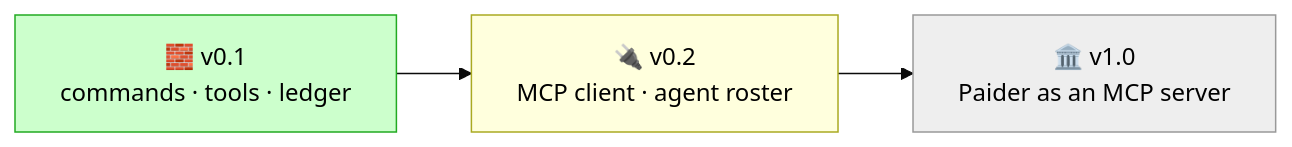
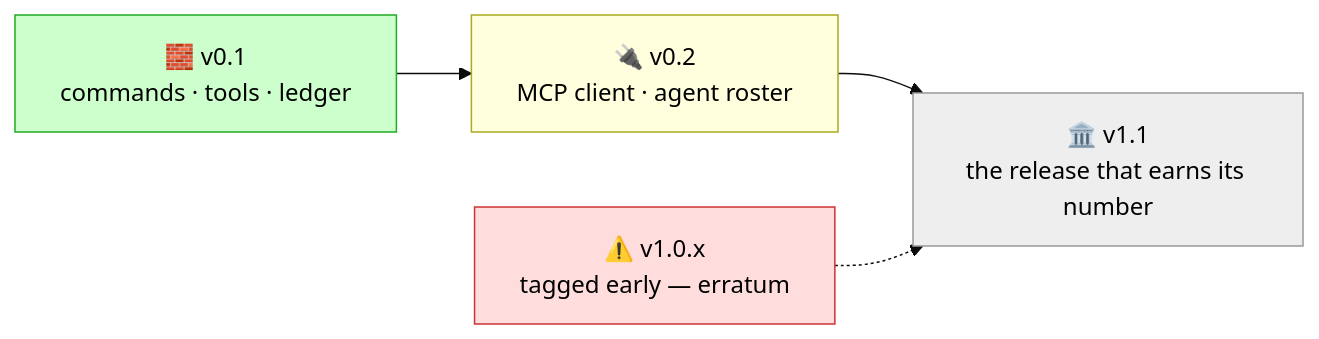
The third of 3 diagrams in README.md (shoemoney/paider), drawn with Mermaid (base theme) before and after one commit. The commit also changed other lines of this file and 2 other files, not shown here.

Commit message:
docs: v1.0.x erratum — tags kept, truth restored 🏷️⚠️ — badge shows what composer resolves, v1.1.0 is the number to earn, year-clause DoD retired (DECISIONS §22)

````diff
--- a/README.md
+++ b/README.md
@@ -560,9 +574,11 @@
 ```mermaid
 flowchart LR
     V01["🧱 v0.1<br/>commands · tools · ledger"] --> V02["🔌 v0.2<br/>MCP client · agent roster"]
-    V02 --> V10["🏛️ v1.0<br/>Paider as an MCP server"]
+    V02 --> V11["🏛️ v1.1<br/>the release that earns its number"]
+    V10["⚠️ v1.0.x<br/>tagged early — erratum"] -.-> V11
 
     style V01 fill:#cfc,stroke:#2a2,color:#000
     style V02 fill:#ffd,stroke:#aa2,color:#000
-    style V10 fill:#eee,stroke:#999,color:#000
+    style V10 fill:#fdd,stroke:#c33,color:#000
+    style V11 fill:#eee,stroke:#999,color:#000
 ```
````
